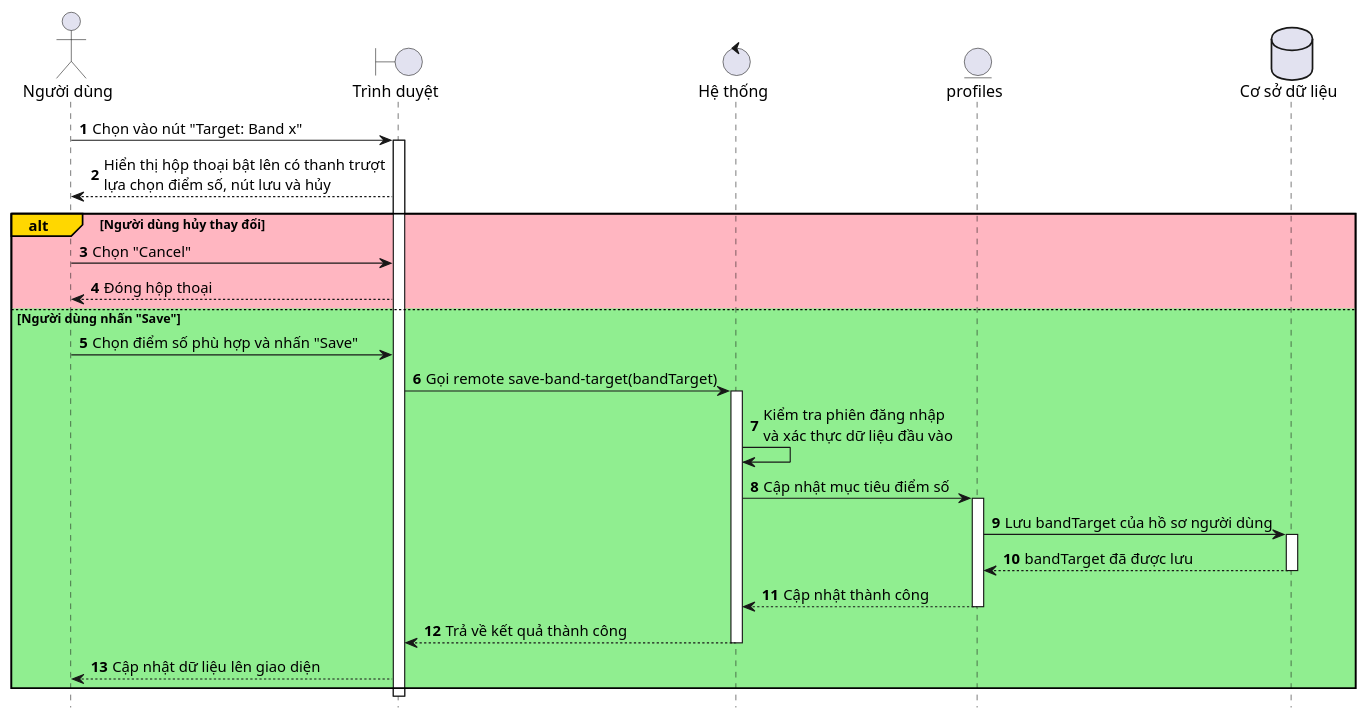
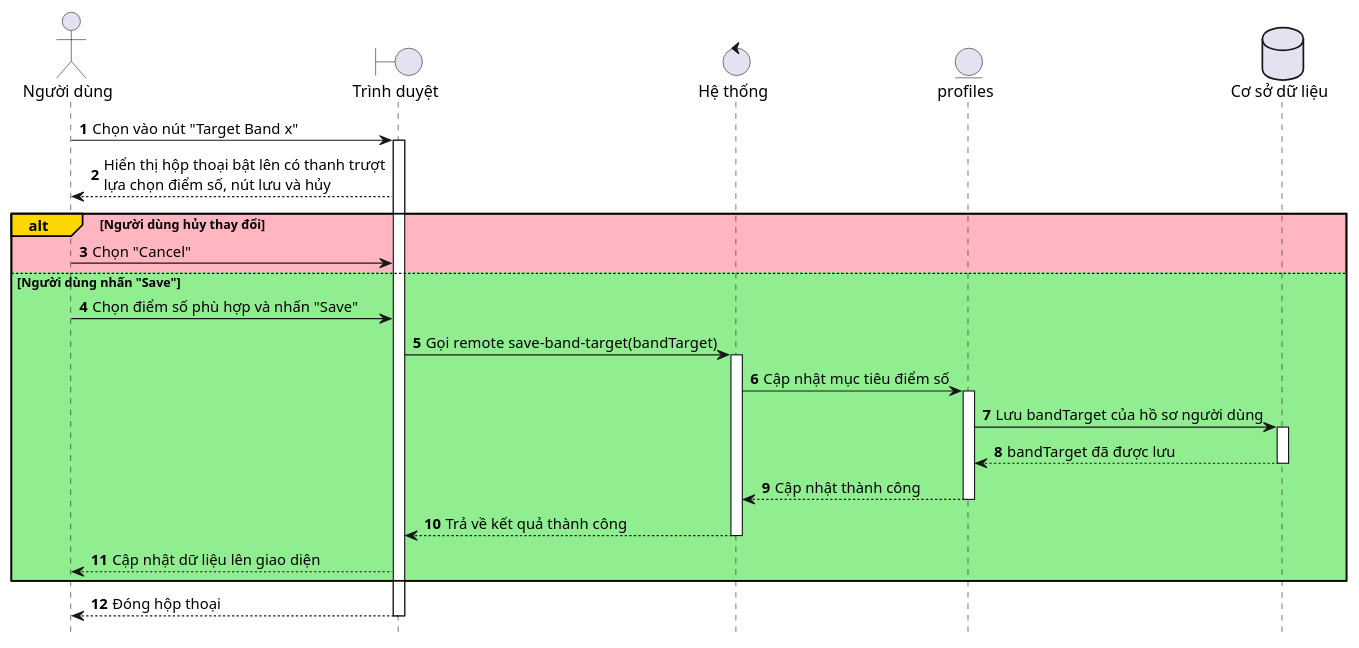
The diagram in docs/dat-muc-tieu.seq.puml (ielts-writing-org/ielts-fullstack), drawn with PlantUML before and after one commit. The commit also changed 28 other files, not shown here.

First line of the commit message:
docs: add comprehensive UML diagrams for practice session management

```diff
--- a/docs/dat-muc-tieu.seq.puml
+++ b/docs/dat-muc-tieu.seq.puml
@@ -1,33 +1,32 @@
 @startuml Đặt mục tiêu SEQ
 
 skinparam DefaultFontName Segoe UI
 
 hide footbox
 autonumber
 
 actor "Người dùng" as User
 boundary "Trình duyệt" as Browser
 control "Hệ thống" as App
 entity "profiles" as Profiles
 database "Cơ sở dữ liệu" as DB
 
-User -> Browser++: Chọn vào nút "Target: Band x"
+User -> Browser++: Chọn vào nút "Target Band x"
 Browser --> User: Hiển thị hộp thoại bật lên có thanh trượt\nlựa chọn điểm số, nút lưu và hủy
 
 alt#Gold #LightPink Người dùng hủy thay đổi
 	User -> Browser: Chọn "Cancel"
-	Browser --> User: Đóng hộp thoại
 else #LightGreen Người dùng nhấn "Save"
 	User -> Browser: Chọn điểm số phù hợp và nhấn "Save"
 	Browser -> App++: Gọi remote save-band-target(bandTarget)
-	App -> App: Kiểm tra phiên đăng nhập\nvà xác thực dữ liệu đầu vào
 	App -> Profiles++: Cập nhật mục tiêu điểm số
 	Profiles -> DB++: Lưu bandTarget của hồ sơ người dùng
 	DB --> Profiles--: bandTarget đã được lưu
 	Profiles --> App--: Cập nhật thành công
 	App --> Browser--: Trả về kết quả thành công
 	Browser --> User: Cập nhật dữ liệu lên giao diện
 end
+Browser --> User: Đóng hộp thoại
 deactivate Browser
 
 @enduml
```
